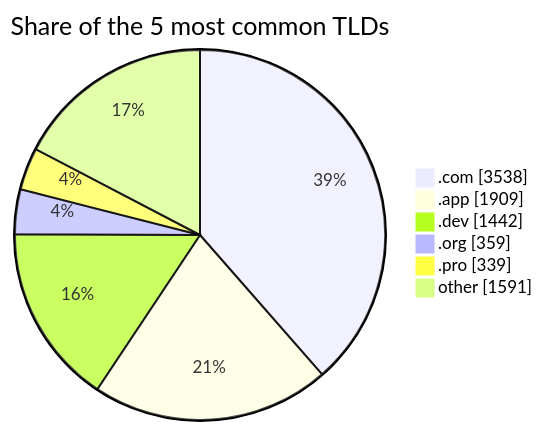
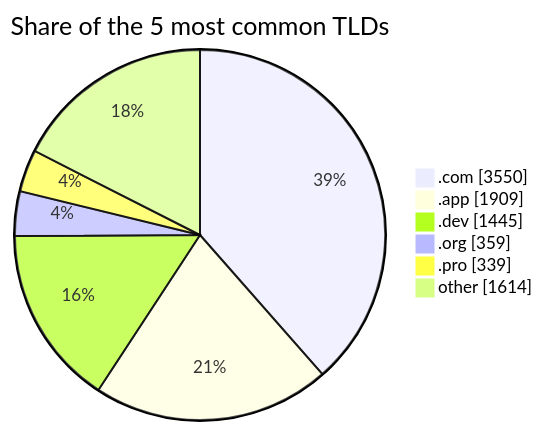
Before and after one commit to DNSBunker/CTI: the second of 2 diagrams in README.md, drawn with Mermaid. The commit also changed other lines of this file and 3 other files, not shown here.

````diff
--- a/README.md
+++ b/README.md
@@ -72,9 +72,9 @@
 ```mermaid
 pie showData title Share of the 5 most common TLDs
-    ".com" : 3538
+    ".com" : 3550
     ".app" : 1909
-    ".dev" : 1442
+    ".dev" : 1445
     ".org" : 359
     ".pro" : 339
-    "other" : 1591
+    "other" : 1614
 ```
````
